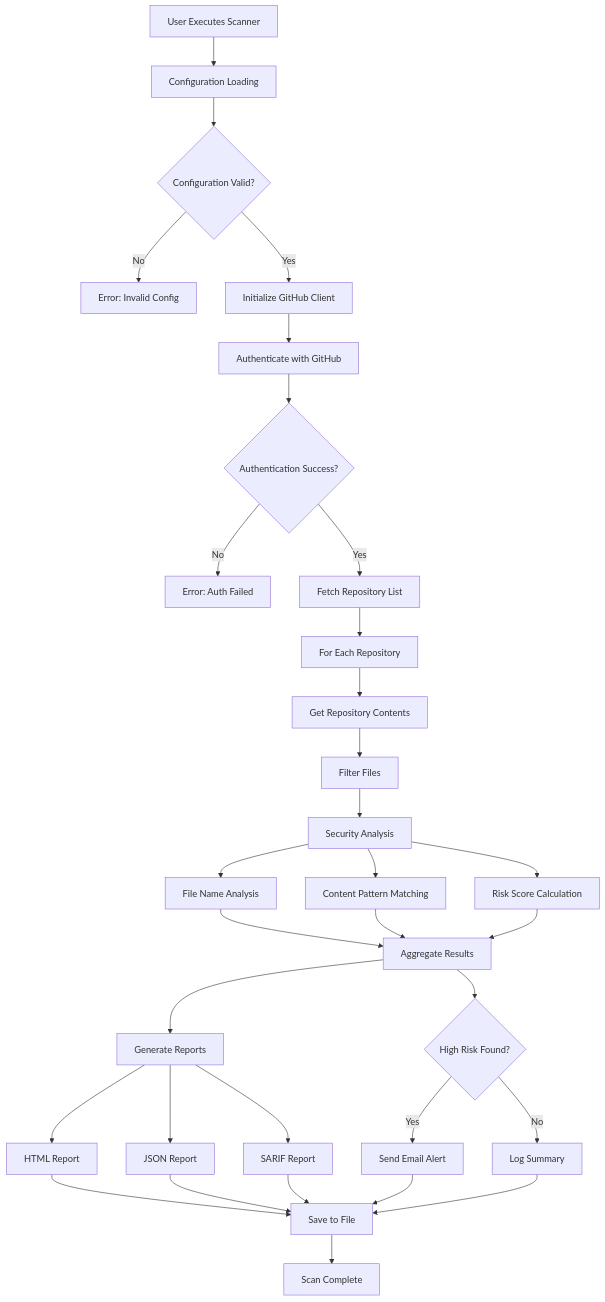
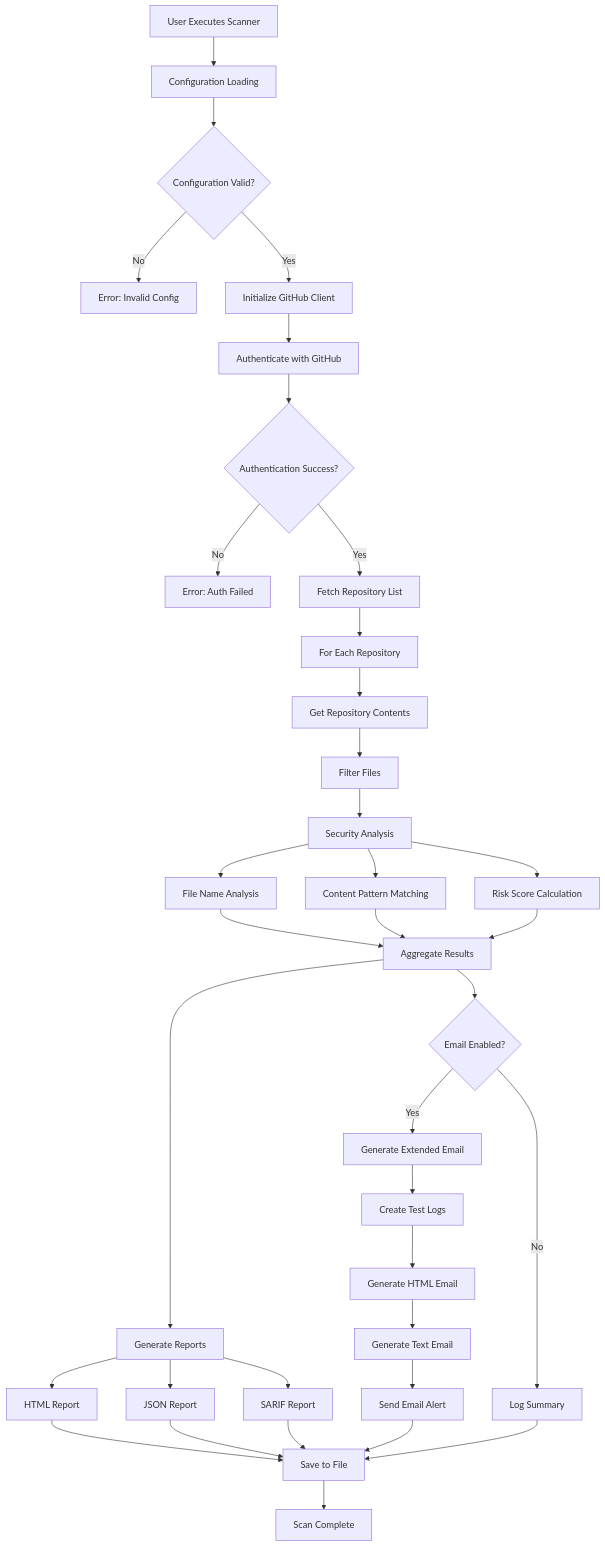
One commit to ewestrum/GitScanner changed the diagram in ARCHITECTURE.md. Above: the diagram before and after it, drawn with Mermaid. The commit also changed other lines of this file and 8 other files, not shown here.

````diff
--- a/ARCHITECTURE.md
+++ b/ARCHITECTURE.md
@@ -7,40 +7,45 @@
 ```mermaid
 graph TD
     A[User Executes Scanner] --> B[Configuration Loading]
     B --> C{Configuration Valid?}
     C -->|No| D[Error: Invalid Config]
     C -->|Yes| E[Initialize GitHub Client]
     E --> F[Authenticate with GitHub]
     F --> G{Authentication Success?}
     G -->|No| H[Error: Auth Failed]
     G -->|Yes| I[Fetch Repository List]
     
     I --> J[For Each Repository]
     J --> K[Get Repository Contents]
     K --> L[Filter Files]
     L --> M[Security Analysis]
     
     M --> N[File Name Analysis]
     M --> O[Content Pattern Matching]
     M --> P[Risk Score Calculation]
     
     N --> Q[Aggregate Results]
     O --> Q
     P --> Q
     
     Q --> R[Generate Reports]
     R --> S[HTML Report]
     R --> T[JSON Report]
     R --> U[SARIF Report]
     
-    Q --> V{High Risk Found?}
-    V -->|Yes| W[Send Email Alert]
+    Q --> V{Email Enabled?}
+    V -->|Yes| W[Generate Extended Email]
     V -->|No| X[Log Summary]
+    
+    W --> W1[Create Test Logs]
+    W1 --> W2[Generate HTML Email]
+    W2 --> W3[Generate Text Email]
+    W3 --> W4[Send Email Alert]
     
     S --> Y[Save to File]
     T --> Y
     U --> Y
-    W --> Y
+    W4 --> Y
     X --> Y
     Y --> Z[Scan Complete]
 ```
````
